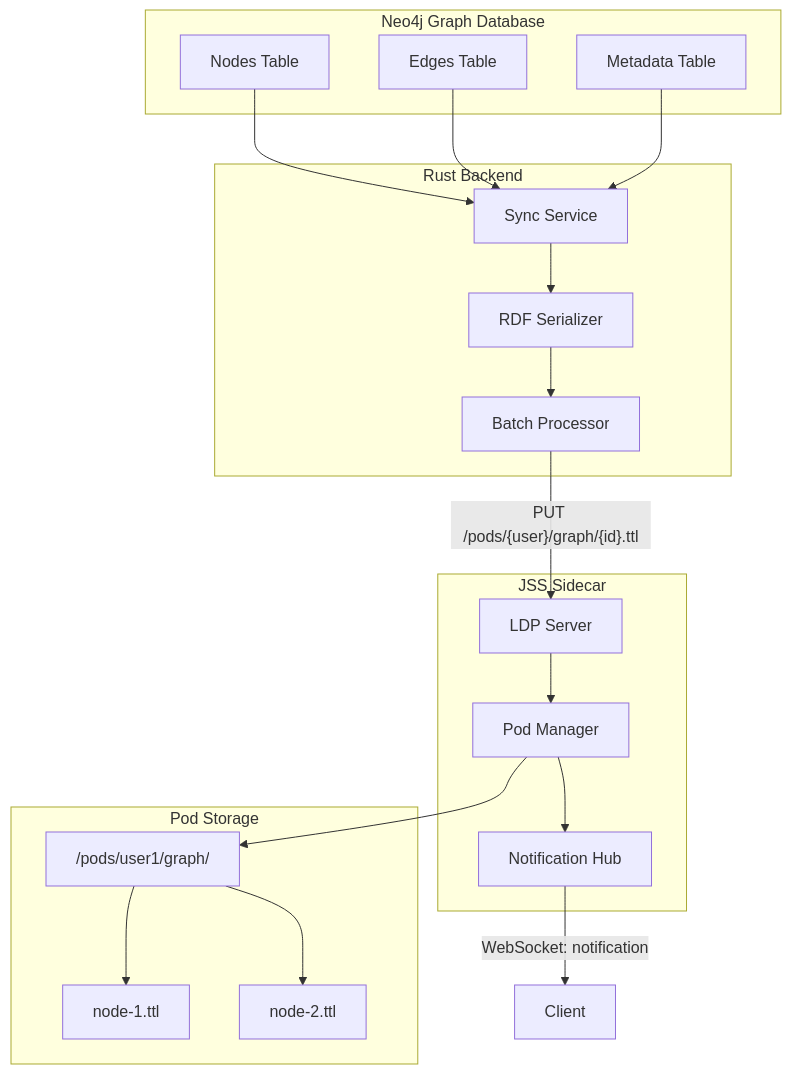
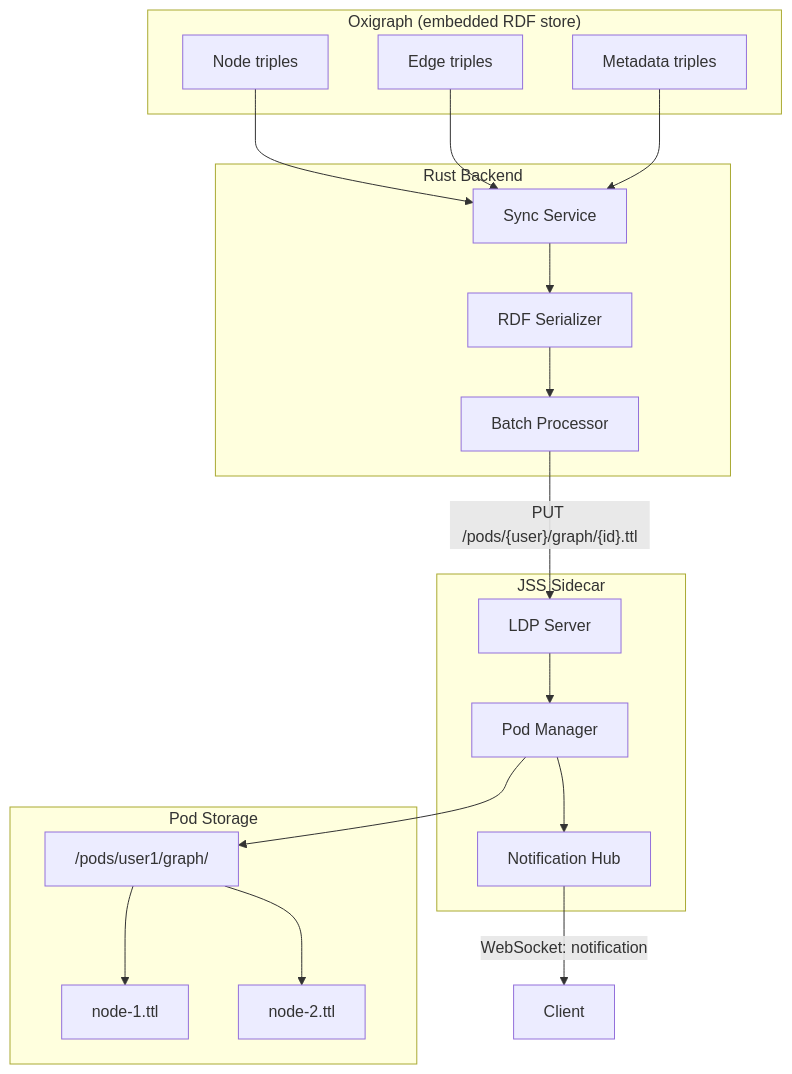
The first of 5 diagrams in docs/explanation/solid-sidecar-architecture.md (shaneholloman/logseq-spring-thing), drawn with Mermaid before and after one commit. The commit also changed other lines of this file and 58 other files, not shown here.

First line of the commit message:
docs: Neo4j→Oxigraph + webxr→visionclaw alignment, physics controls, health probes

````diff
--- a/docs/explanation/solid-sidecar-architecture.md
+++ b/docs/explanation/solid-sidecar-architecture.md
@@ -127,39 +134,39 @@
 ```mermaid
 flowchart TB
-    subgraph Neo4j["Neo4j Graph Database"]
-        N1[Nodes Table]
-        N2[Edges Table]
-        N3[Metadata Table]
+    subgraph GraphStore["Oxigraph (embedded RDF store)"]
+        N1[Node triples]
+        N2[Edge triples]
+        N3[Metadata triples]
     end
 
     subgraph Backend["Rust Backend"]
         B1[Sync Service]
         B2[RDF Serializer]
         B3[Batch Processor]
     end
 
     subgraph JSS["JSS Sidecar"]
         J1[LDP Server]
         J2[Pod Manager]
         J3[Notification Hub]
     end
 
     subgraph Storage["Pod Storage"]
         S1["/pods/user1/graph/"]
         S2["node-1.ttl"]
         S3["node-2.ttl"]
     end
 
     N1 --> B1
     N2 --> B1
     N3 --> B1
     B1 --> B2
     B2 --> B3
     B3 -->|"PUT /pods/{user}/graph/{id}.ttl"| J1
     J1 --> J2
     J2 --> S1
     S1 --> S2
     S1 --> S3
     J2 --> J3
     J3 -->|"WebSocket: notification"| Client
 ```
````
